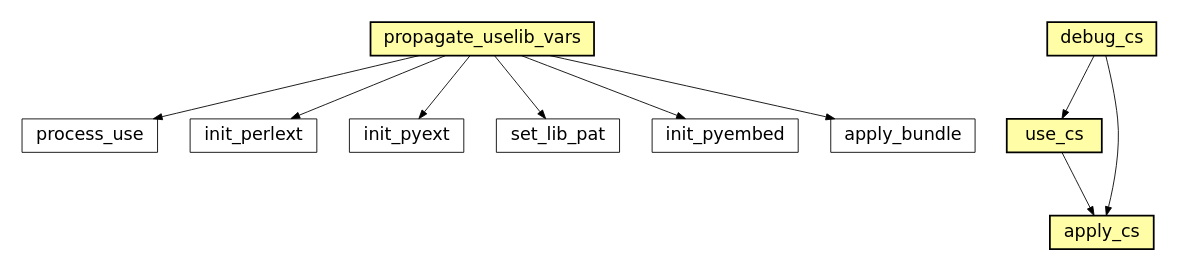
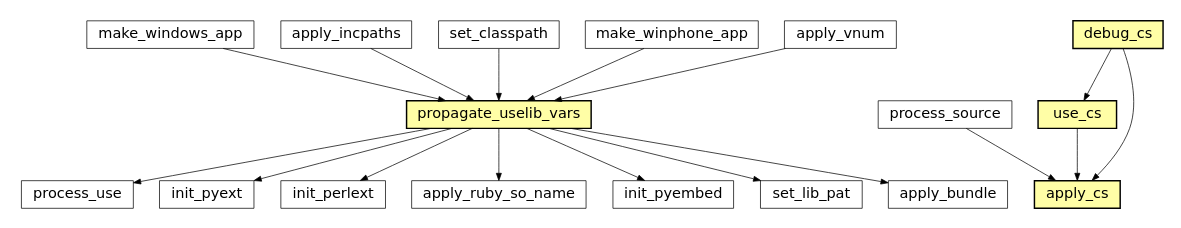
Before and after one commit to timb-machine-mirrors/gitlab-org-protocol-fuzzer-ce: the fifth of 45 diagrams in build/waf/docs/sphinx/featuremap.rst, drawn with Graphviz. The commit also changed other lines of this file and 601 other files, not shown here.

```diff
--- a/build/waf/docs/sphinx/featuremap.rst
+++ b/build/waf/docs/sphinx/featuremap.rst
@@ -145,24 +247,38 @@
 .. graphviz::
 
 	digraph feature_cs {
-	size="8.0, 12.0";
-		"process_use" [style="setlinewidth(0.5)",URL="tools/ccroot.html#waflib.Tools.ccroot.process_use",fontname="Vera Sans, DejaVu Sans, Liberation Sans, Arial, Helvetica, sans",height=0.25,shape=box,fontsize=10];
-	"init_perlext" [style="setlinewidth(0.5)",URL="tools/perl.html#waflib.Tools.perl.init_perlext",fontname="Vera Sans, DejaVu Sans, Liberation Sans, Arial, Helvetica, sans",height=0.25,shape=box,fontsize=10];
-	"debug_cs" [style="setlinewidth(0.5)",URL="tools/cs.html#waflib.Tools.cs.debug_cs",fontname="Vera Sans, DejaVu Sans, Liberation Sans, Arial, Helvetica, sans",height=0.25,shape=box,fontsize=10,fillcolor="#fffea6",style=filled];
-	"init_pyext" [style="setlinewidth(0.5)",URL="tools/python.html#waflib.Tools.python.init_pyext",fontname="Vera Sans, DejaVu Sans, Liberation Sans, Arial, Helvetica, sans",height=0.25,shape=box,fontsize=10];
-	"use_cs" [style="setlinewidth(0.5)",URL="tools/cs.html#waflib.Tools.cs.use_cs",fontname="Vera Sans, DejaVu Sans, Liberation Sans, Arial, Helvetica, sans",height=0.25,shape=box,fontsize=10,fillcolor="#fffea6",style=filled];
-	"set_lib_pat" [style="setlinewidth(0.5)",URL="tools/fc_config.html#waflib.Tools.fc_config.set_lib_pat",fontname="Vera Sans, DejaVu Sans, Liberation Sans, Arial, Helvetica, sans",height=0.25,shape=box,fontsize=10];
-	"propagate_uselib_vars" [style="setlinewidth(0.5)",URL="tools/ccroot.html#waflib.Tools.ccroot.propagate_uselib_vars",fontname="Vera Sans, DejaVu Sans, Liberation Sans, Arial, Helvetica, sans",height=0.25,shape=box,fontsize=10,fillcolor="#fffea6",style=filled];
-	"init_pyembed" [style="setlinewidth(0.5)",URL="tools/python.html#waflib.Tools.python.init_pyembed",fontname="Vera Sans, DejaVu Sans, Liberation Sans, Arial, Helvetica, sans",height=0.25,shape=box,fontsize=10];
-	"apply_cs" [style="setlinewidth(0.5)",URL="tools/cs.html#waflib.Tools.cs.apply_cs",fontname="Vera Sans, DejaVu Sans, Liberation Sans, Arial, Helvetica, sans",height=0.25,shape=box,fontsize=10,fillcolor="#fffea6",style=filled];
-	"apply_bundle" [style="setlinewidth(0.5)",URL="tools/c_osx.html#waflib.Tools.c_osx.apply_bundle",fontname="Vera Sans, DejaVu Sans, Liberation Sans, Arial, Helvetica, sans",height=0.25,shape=box,fontsize=10];
-	"use_cs" -> "apply_cs" [arrowsize=0.5,style="setlinewidth(0.5)"];
-	"propagate_uselib_vars" -> "apply_bundle" [arrowsize=0.5,style="setlinewidth(0.5)"];
-	"propagate_uselib_vars" -> "process_use" [arrowsize=0.5,style="setlinewidth(0.5)"];
-	"propagate_uselib_vars" -> "set_lib_pat" [arrowsize=0.5,style="setlinewidth(0.5)"];
-	"propagate_uselib_vars" -> "init_pyext" [arrowsize=0.5,style="setlinewidth(0.5)"];
-	"propagate_uselib_vars" -> "init_pyembed" [arrowsize=0.5,style="setlinewidth(0.5)"];
-	"propagate_uselib_vars" -> "init_perlext" [arrowsize=0.5,style="setlinewidth(0.5)"];
-	"debug_cs" -> "apply_cs" [arrowsize=0.5,style="setlinewidth(0.5)"];
-	"debug_cs" -> "use_cs" [arrowsize=0.5,style="setlinewidth(0.5)"];
+		size="8.0, 12.0";
+		"make_windows_app" [style="setlinewidth(0.5)",URL="../tools/msvc.html#waflib.Tools.msvc.make_windows_app",target="_top",fontname="Vera Sans, DejaVu Sans, Liberation Sans, Arial, Helvetica, sans",height=0.25,shape="rectangle",fontsize=10];
+		"process_use" [style="setlinewidth(0.5)",URL="../tools/ccroot.html#waflib.Tools.ccroot.process_use",target="_top",fontname="Vera Sans, DejaVu Sans, Liberation Sans, Arial, Helvetica, sans",height=0.25,shape="rectangle",fontsize=10];
+		"init_pyext" [style="setlinewidth(0.5)",URL="../tools/python.html#waflib.Tools.python.init_pyext",target="_top",fontname="Vera Sans, DejaVu Sans, Liberation Sans, Arial, Helvetica, sans",height=0.25,shape="rectangle",fontsize=10];
+		"init_perlext" [style="setlinewidth(0.5)",URL="../tools/perl.html#waflib.Tools.perl.init_perlext",target="_top",fontname="Vera Sans, DejaVu Sans, Liberation Sans, Arial, Helvetica, sans",height=0.25,shape="rectangle",fontsize=10];
+		"apply_ruby_so_name" [style="setlinewidth(0.5)",URL="../tools/ruby.html#waflib.Tools.ruby.apply_ruby_so_name",target="_top",fontname="Vera Sans, DejaVu Sans, Liberation Sans, Arial, Helvetica, sans",height=0.25,shape="rectangle",fontsize=10];
+		"process_source" [style="setlinewidth(0.5)",URL="../TaskGen.html#waflib.TaskGen.process_source",target="_top",fontname="Vera Sans, DejaVu Sans, Liberation Sans, Arial, Helvetica, sans",height=0.25,shape="rectangle",fontsize=10];
+		"apply_incpaths" [style="setlinewidth(0.5)",URL="../tools/ccroot.html#waflib.Tools.ccroot.apply_incpaths",target="_top",fontname="Vera Sans, DejaVu Sans, Liberation Sans, Arial, Helvetica, sans",height=0.25,shape="rectangle",fontsize=10];
+		"debug_cs" [style="setlinewidth(0.5)",URL="../tools/cs.html#waflib.Tools.cs.debug_cs",target="_top",fontname="Vera Sans, DejaVu Sans, Liberation Sans, Arial, Helvetica, sans",height=0.25,shape="rectangle",fontsize=10,fillcolor="#fffea6",style=filled];
+		"set_classpath" [style="setlinewidth(0.5)",URL="../tools/javaw.html#waflib.Tools.javaw.set_classpath",target="_top",fontname="Vera Sans, DejaVu Sans, Liberation Sans, Arial, Helvetica, sans",height=0.25,shape="rectangle",fontsize=10];
+		"use_cs" [style="setlinewidth(0.5)",URL="../tools/cs.html#waflib.Tools.cs.use_cs",target="_top",fontname="Vera Sans, DejaVu Sans, Liberation Sans, Arial, Helvetica, sans",height=0.25,shape="rectangle",fontsize=10,fillcolor="#fffea6",style=filled];
+		"init_pyembed" [style="setlinewidth(0.5)",URL="../tools/python.html#waflib.Tools.python.init_pyembed",target="_top",fontname="Vera Sans, DejaVu Sans, Liberation Sans, Arial, Helvetica, sans",height=0.25,shape="rectangle",fontsize=10];
+		"make_winphone_app" [style="setlinewidth(0.5)",URL="../tools/msvc.html#waflib.Tools.msvc.make_winphone_app",target="_top",fontname="Vera Sans, DejaVu Sans, Liberation Sans, Arial, Helvetica, sans",height=0.25,shape="rectangle",fontsize=10];
+		"set_lib_pat" [style="setlinewidth(0.5)",URL="../tools/fc_config.html#waflib.Tools.fc_config.set_lib_pat",target="_top",fontname="Vera Sans, DejaVu Sans, Liberation Sans, Arial, Helvetica, sans",height=0.25,shape="rectangle",fontsize=10];
+		"propagate_uselib_vars" [style="setlinewidth(0.5)",URL="../tools/ccroot.html#waflib.Tools.ccroot.propagate_uselib_vars",target="_top",fontname="Vera Sans, DejaVu Sans, Liberation Sans, Arial, Helvetica, sans",height=0.25,shape="rectangle",fontsize=10,fillcolor="#fffea6",style=filled];
+		"apply_vnum" [style="setlinewidth(0.5)",URL="../tools/ccroot.html#waflib.Tools.ccroot.apply_vnum",target="_top",fontname="Vera Sans, DejaVu Sans, Liberation Sans, Arial, Helvetica, sans",height=0.25,shape="rectangle",fontsize=10];
+		"apply_cs" [style="setlinewidth(0.5)",URL="../tools/cs.html#waflib.Tools.cs.apply_cs",target="_top",fontname="Vera Sans, DejaVu Sans, Liberation Sans, Arial, Helvetica, sans",height=0.25,shape="rectangle",fontsize=10,fillcolor="#fffea6",style=filled];
+		"apply_bundle" [style="setlinewidth(0.5)",URL="../tools/c_osx.html#waflib.Tools.c_osx.apply_bundle",target="_top",fontname="Vera Sans, DejaVu Sans, Liberation Sans, Arial, Helvetica, sans",height=0.25,shape="rectangle",fontsize=10];
+		"apply_incpaths" -> "propagate_uselib_vars" [arrowsize=0.5,style="setlinewidth(0.5)"];
+		"use_cs" -> "apply_cs" [arrowsize=0.5,style="setlinewidth(0.5)"];
+		"debug_cs" -> "apply_cs" [arrowsize=0.5,style="setlinewidth(0.5)"];
+		"debug_cs" -> "use_cs" [arrowsize=0.5,style="setlinewidth(0.5)"];
+		"process_source" -> "apply_cs" [arrowsize=0.5,style="setlinewidth(0.5)"];
+		"apply_vnum" -> "propagate_uselib_vars" [arrowsize=0.5,style="setlinewidth(0.5)"];
+		"make_windows_app" -> "propagate_uselib_vars" [arrowsize=0.5,style="setlinewidth(0.5)"];
+		"make_winphone_app" -> "propagate_uselib_vars" [arrowsize=0.5,style="setlinewidth(0.5)"];
+		"set_classpath" -> "propagate_uselib_vars" [arrowsize=0.5,style="setlinewidth(0.5)"];
+		"propagate_uselib_vars" -> "apply_bundle" [arrowsize=0.5,style="setlinewidth(0.5)"];
+		"propagate_uselib_vars" -> "process_use" [arrowsize=0.5,style="setlinewidth(0.5)"];
+		"propagate_uselib_vars" -> "set_lib_pat" [arrowsize=0.5,style="setlinewidth(0.5)"];
+		"propagate_uselib_vars" -> "apply_ruby_so_name" [arrowsize=0.5,style="setlinewidth(0.5)"];
+		"propagate_uselib_vars" -> "init_perlext" [arrowsize=0.5,style="setlinewidth(0.5)"];
+		"propagate_uselib_vars" -> "init_pyext" [arrowsize=0.5,style="setlinewidth(0.5)"];
+		"propagate_uselib_vars" -> "init_pyembed" [arrowsize=0.5,style="setlinewidth(0.5)"];
 	}
```
